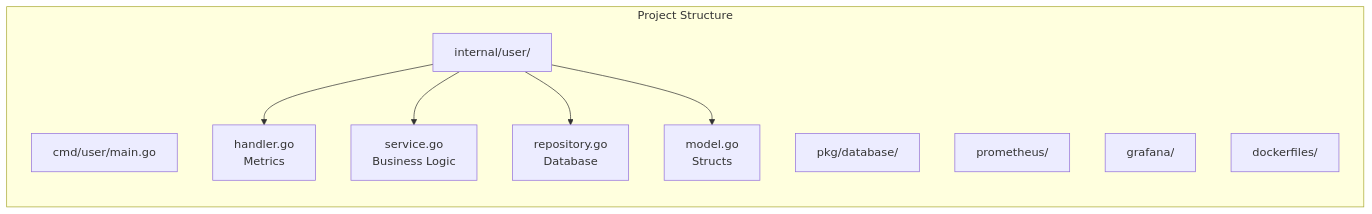
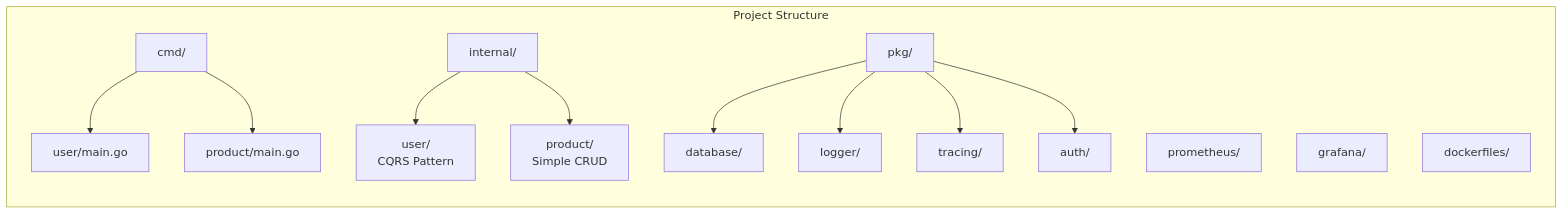
The third of 8 diagrams in README.md (tiraten-bot/Full-Observability), drawn with Mermaid before and after one commit. The commit also changed other lines of this file and 11 other files, not shown here.

Commit message:
feat: add product service with Docker configuration, local run commands, and Prometheus metrics integration

````diff
--- a/README.md
+++ b/README.md
@@ -48,17 +124,23 @@
 ```mermaid
 graph LR
     subgraph "Project Structure"
         direction TB
-        A[cmd/user/main.go]
-        B[internal/user/]
-        C[pkg/database/]
+        A[cmd/]
+        B[internal/]
+        C[pkg/]
         D[prometheus/]
         E[grafana/]
         F[dockerfiles/]
         
-        B --> B1[handler.go<br/>Metrics]
-        B --> B2[service.go<br/>Business Logic]
-        B --> B3[repository.go<br/>Database]
-        B --> B4[model.go<br/>Structs]
+        A --> A1[user/main.go]
+        A --> A2[product/main.go]
+        
+        B --> B1[user/<br/>CQRS Pattern]
+        B --> B2[product/<br/>Simple CRUD]
+        
+        C --> C1[database/]
+        C --> C2[logger/]
+        C --> C3[tracing/]
+        C --> C4[auth/]
     end
 ```
````
